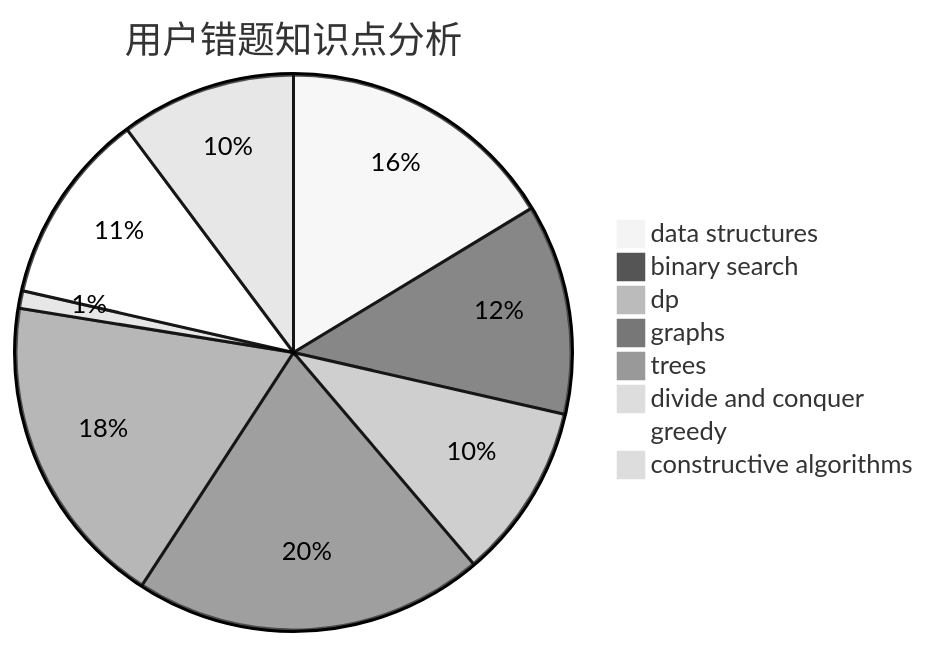
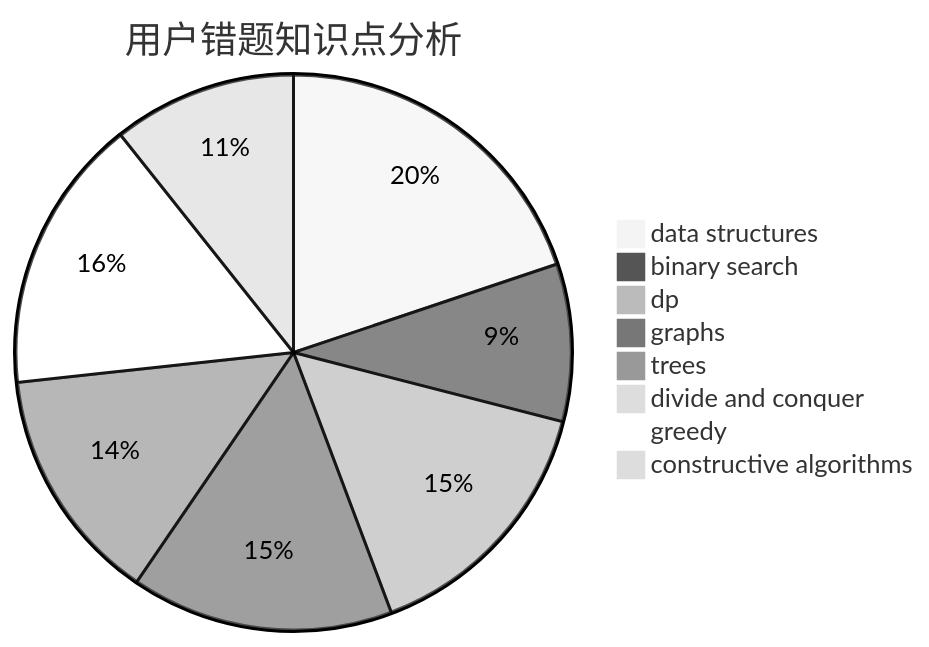
One commit to sherpahu/cfrs.github.io changed the third of 3 diagrams in docs/user/u81.md. Above: the diagram before and after it, drawn with Mermaid (neutral theme). The commit also changed other lines of this file and 2770 other files, not shown here.

````diff
--- a/docs/user/u81.md
+++ b/docs/user/u81.md
@@ -36,11 +36,11 @@
 ```mermaid
 pie title 用户错题知识点分析
-    "data structures" :  16
+    "data structures" :  26
     "binary search" :  12
-    "dp" :  10
+    "dp" :  20
     "graphs" :  20
     "trees" :  18
     "divide and conquer" :  1
-    "greedy" :  11
-    "constructive algorithms" :  10
+    "greedy" :  21
+    "constructive algorithms" :  14
 ```
````
